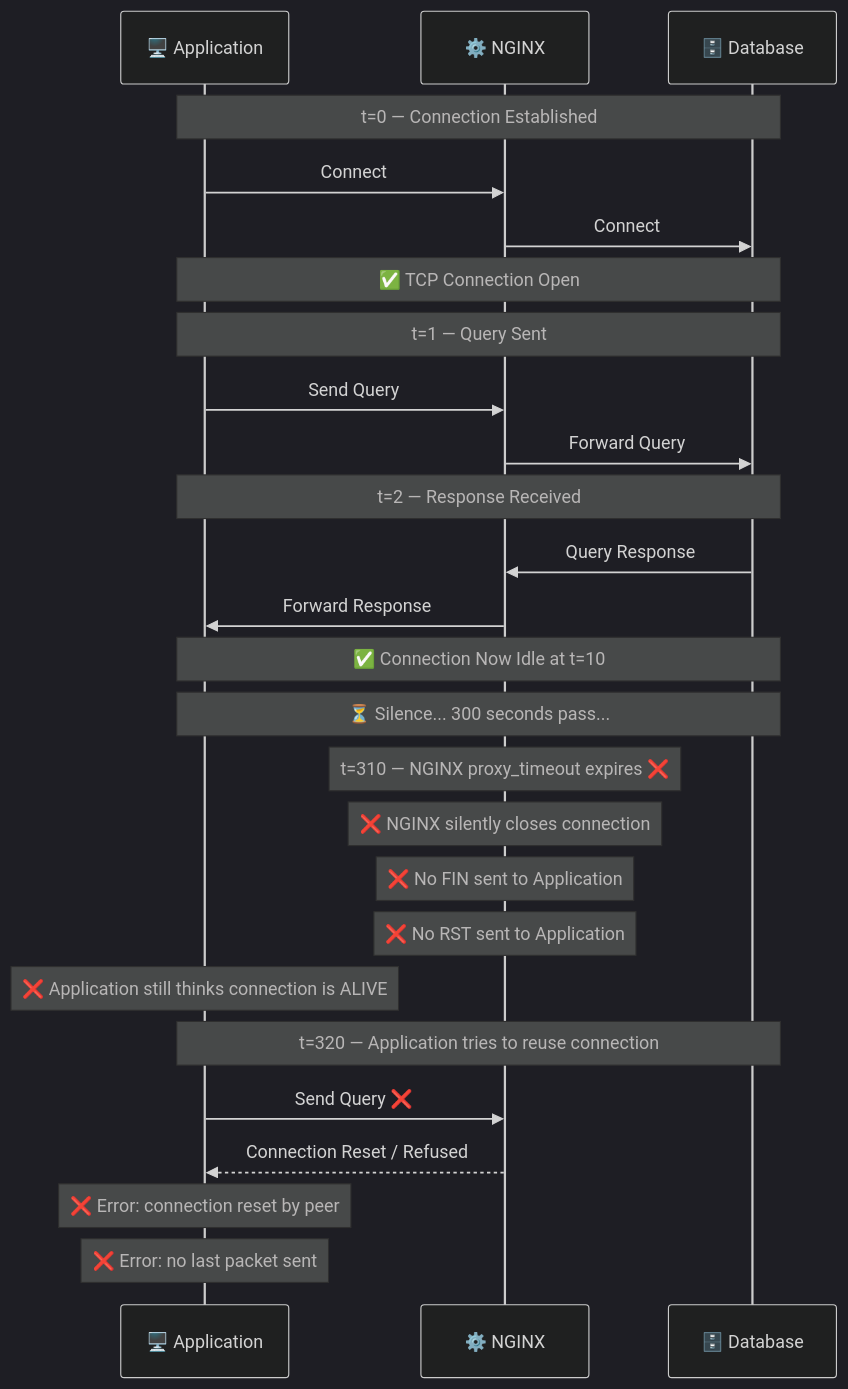
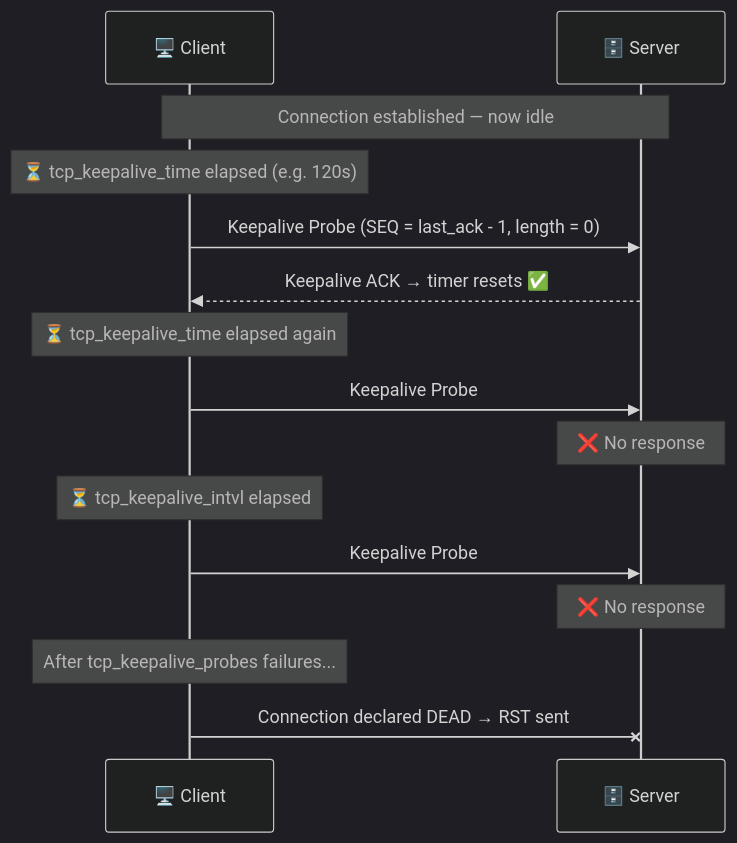
Before and after one commit to TechnoBureau/docs: the second of 7 diagrams in linux/tcp_keepalive_configuration_guide.mdx, drawn with Mermaid (dark theme). The commit also changed other lines of this file and 1 other file, not shown here.

````diff
--- a/linux/tcp_keepalive_configuration_guide.mdx
+++ b/linux/tcp_keepalive_configuration_guide.mdx
@@ -1790,34 +48,25 @@
 ```mermaid
 sequenceDiagram
-    participant APP as 🖥️ Application
-    participant NGX as ⚙️ NGINX
-    participant DB as 🗄️ Database
+    participant C as 🖥️ Client
+    participant S as 🗄️ Server
 
-    Note over APP,DB: t=0 — Connection Established
-    APP->>NGX: Connect
-    NGX->>DB: Connect
-    Note over APP,DB: ✅ TCP Connection Open
+    Note over C,S: Connection established — now idle
 
-    Note over APP,DB: t=1 — Query Sent
-    APP->>NGX: Send Query
-    NGX->>DB: Forward Query
+    Note over C: ⏳ tcp_keepalive_time elapsed (e.g. 120s)
 
-    Note over APP,DB: t=2 — Response Received
-    DB->>NGX: Query Response
-    NGX->>APP: Forward Response
-    Note over APP,DB: ✅ Connection Now Idle at t=10
+    C->>S: Keepalive Probe (SEQ = last_ack - 1, length = 0)
+    S-->>C: Keepalive ACK → timer resets ✅
 
-    Note over APP,DB: ⏳ Silence... 300 seconds pass...
+    Note over C: ⏳ tcp_keepalive_time elapsed again
 
-    Note over NGX: t=310 — NGINX proxy_timeout expires ❌
-    Note over NGX: ❌ NGINX silently closes connection
-    Note over NGX: ❌ No FIN sent to Application
-    Note over NGX: ❌ No RST sent to Application
-    Note over APP: ❌ Application still thinks connection is ALIVE
+    C->>S: Keepalive Probe #1
+    Note over S: ❌ No response
 
-    Note over APP,DB: t=320 — Application tries to reuse connection
-    APP->>NGX: Send Query ❌
-    NGX-->>APP: Connection Reset / Refused
-    Note over APP: ❌ Error: connection reset by peer
-    Note over APP: ❌ Error: no last packet sent
+    Note over C: ⏳ tcp_keepalive_intvl elapsed
+
+    C->>S: Keepalive Probe #2
+    Note over S: ❌ No response
+
+    Note over C: After tcp_keepalive_probes failures...
+    C-xS: Connection declared DEAD → RST sent
 ```
````
